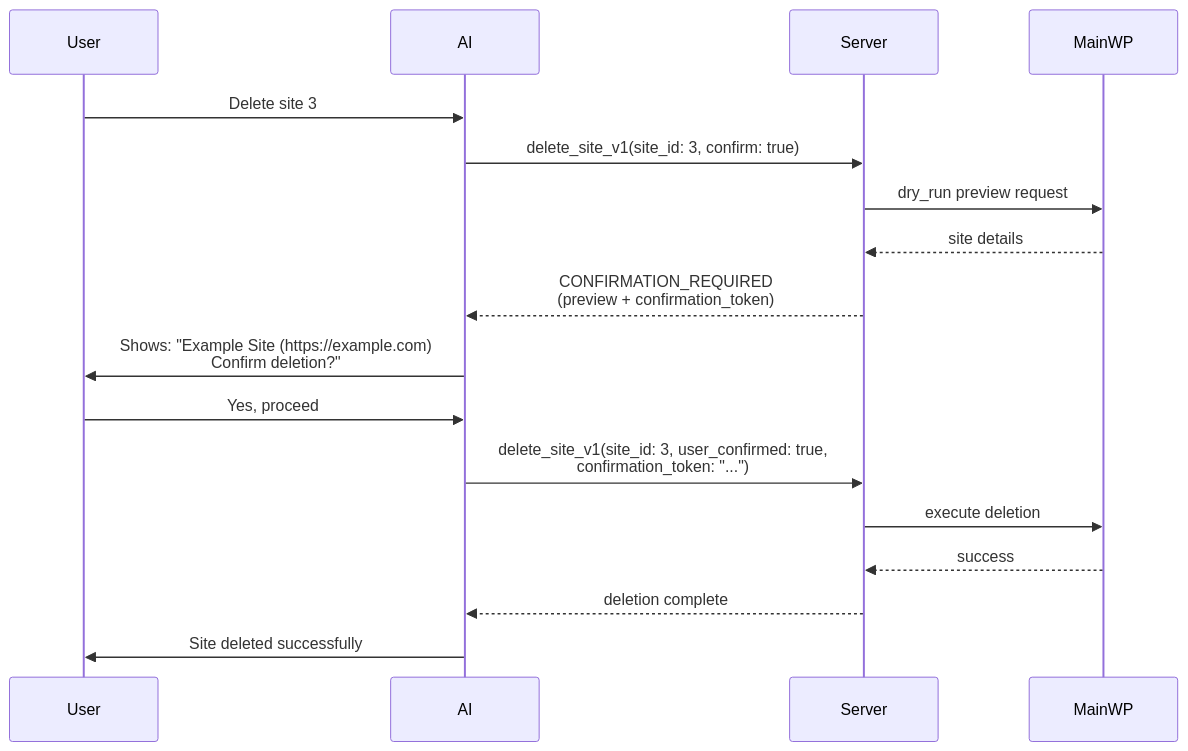
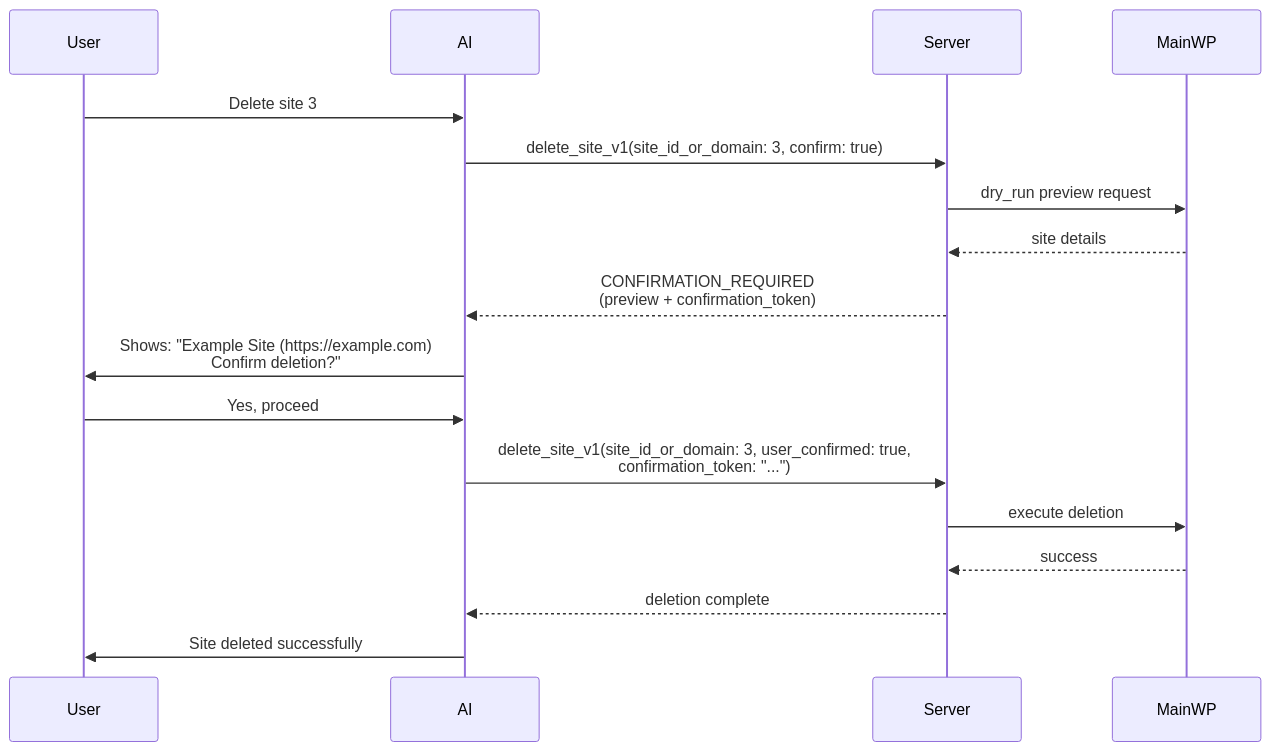
One commit to mainwp/mainwp-mcp changed the diagram in README.md. Above: the diagram before and after it, drawn with Mermaid. The commit also changed 24 other files, not shown here.

````diff
--- a/README.md
+++ b/README.md
@@ -523,20 +523,20 @@
 ```mermaid
 sequenceDiagram
     participant User
     participant AI
     participant Server
     participant MainWP
 
     User->>AI: Delete site 3
-    AI->>Server: delete_site_v1(site_id: 3, confirm: true)
+    AI->>Server: delete_site_v1(site_id_or_domain: 3, confirm: true)
     Server->>MainWP: dry_run preview request
     MainWP-->>Server: site details
     Server-->>AI: CONFIRMATION_REQUIRED<br/>(preview + confirmation_token)
     AI->>User: Shows: "Example Site (https://example.com)<br/>Confirm deletion?"
     User->>AI: Yes, proceed
-    AI->>Server: delete_site_v1(site_id: 3, user_confirmed: true,<br/>confirmation_token: "...")
+    AI->>Server: delete_site_v1(site_id_or_domain: 3, user_confirmed: true,<br/>confirmation_token: "...")
     Server->>MainWP: execute deletion
     MainWP-->>Server: success
     Server-->>AI: deletion complete
     AI->>User: Site deleted successfully
 ```
````
